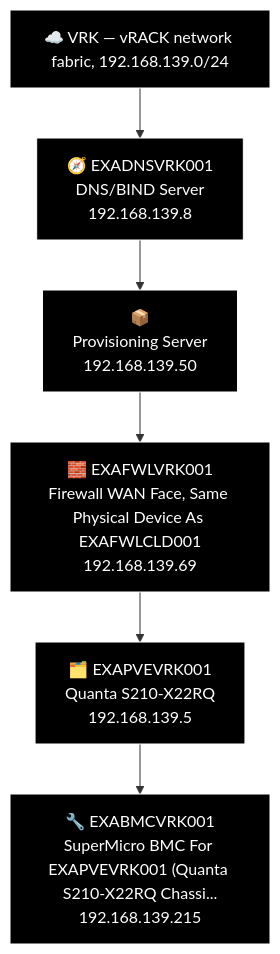
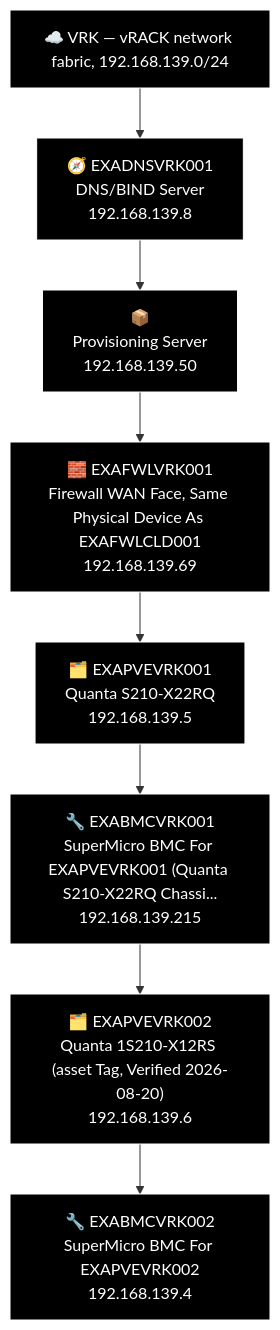
Before and after one commit to knightmare2600/example_music_infra: the diagram in docs/network-diagram/vrk.md, drawn with Mermaid. The commit also changed 4 other files, not shown here.

````diff
--- a/docs/network-diagram/vrk.md
+++ b/docs/network-diagram/vrk.md
@@ -31,19 +31,23 @@
 ```mermaid
 %% GENERATED:TOPOLOGY:VRK:START
 %%{init: {'flowchart': {'curve': 'stepAfter'}}}%%
 graph TD
     T_VRK["☁️ VRK — vRACK network fabric, 192.168.139.0/24"]
     T_DNS["🧭 EXADNSVRK001<br/>DNS/BIND Server<br/>192.168.139.8"]
     T_TMP["📦<br/>Provisioning Server<br/>192.168.139.50"]
     T_FWL["🧱 EXAFWLVRK001<br/>Firewall WAN Face, Same Physical Device As EXAFWLCLD001<br/>192.168.139.69"]
     T_PVE["🗂️ EXAPVEVRK001<br/>Quanta S210-X22RQ<br/>192.168.139.5"]
     T_BMC["🔧 EXABMCVRK001<br/>SuperMicro BMC For EXAPVEVRK001 (Quanta S210-X22RQ Chassi...<br/>192.168.139.215"]
-    T_VRK --> T_DNS --> T_TMP --> T_FWL --> T_PVE --> T_BMC
+    T_PVE2["🗂️ EXAPVEVRK002<br/>Quanta 1S210-X12RS (asset Tag, Verified 2026-08-20)<br/>192.168.139.6"]
+    T_BMC2["🔧 EXABMCVRK002<br/>SuperMicro BMC For EXAPVEVRK002<br/>192.168.139.4"]
+    T_VRK --> T_DNS --> T_TMP --> T_FWL --> T_PVE --> T_BMC --> T_PVE2 --> T_BMC2
     style T_VRK fill:#000000,stroke:#FFFFFF,color:#FFFFFF
     style T_DNS fill:#000000,stroke:#FFFFFF,color:#FFFFFF
     style T_TMP fill:#000000,stroke:#FFFFFF,color:#FFFFFF
     style T_FWL fill:#000000,stroke:#FFFFFF,color:#FFFFFF
     style T_PVE fill:#000000,stroke:#FFFFFF,color:#FFFFFF
     style T_BMC fill:#000000,stroke:#FFFFFF,color:#FFFFFF
+    style T_PVE2 fill:#000000,stroke:#FFFFFF,color:#FFFFFF
+    style T_BMC2 fill:#000000,stroke:#FFFFFF,color:#FFFFFF
 %% GENERATED:TOPOLOGY:VRK:END
 ```
````
